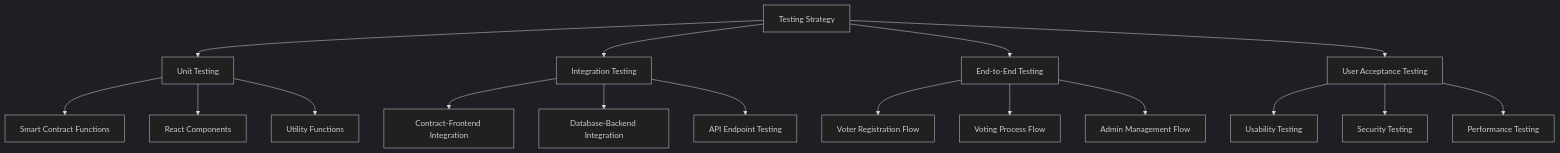
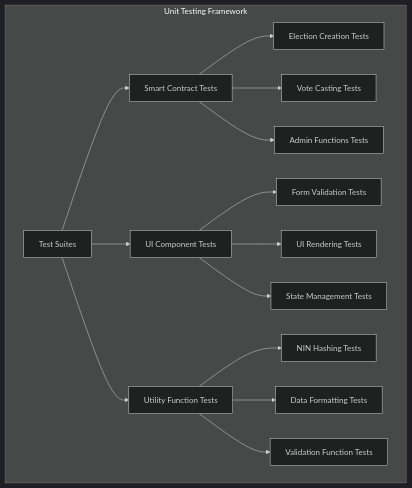
One commit to ojilenoah/blockvotezero changed diagram 11 of 14 in chapter4.md. Above: the diagram before and after it, drawn with Mermaid (dark theme). The commit also changed other lines of this file, not shown here.

First line of the commit message:
Replace code examples in chapter4.md with MermaidJS diagrams to illustrate the voter registration flow, improving readability and clarity.

````diff
--- a/chapter4.md
+++ b/chapter4.md
@@ -885,23 +721,20 @@
 ```mermaid
 graph TD
-    A[Testing Strategy] --> B[Unit Testing]
-    A --> C[Integration Testing]
-    A --> D[End-to-End Testing]
-    A --> E[User Acceptance Testing]
-    
-    B --> B1[Smart Contract Functions]
-    B --> B2[React Components]
-    B --> B3[Utility Functions]
-    
-    C --> C1[Contract-Frontend Integration]
-    C --> C2[Database-Backend Integration]
-    C --> C3[API Endpoint Testing]
-    
-    D --> D1[Voter Registration Flow]
-    D --> D2[Voting Process Flow]
-    D --> D3[Admin Management Flow]
-    
-    E --> E1[Usability Testing]
-    E --> E2[Security Testing]
-    E --> E3[Performance Testing]
+    subgraph "Unit Testing Framework"
+        A[Test Suites] --> B[Smart Contract Tests]
+        A --> C[UI Component Tests]
+        A --> D[Utility Function Tests]
+        
+        B --> B1[Election Creation Tests]
+        B --> B2[Vote Casting Tests]
+        B --> B3[Admin Functions Tests]
+        
+        C --> C1[Form Validation Tests]
+        C --> C2[UI Rendering Tests]
+        C --> C3[State Management Tests]
+        
+        D --> D1[NIN Hashing Tests]
+        D --> D2[Data Formatting Tests]
+        D --> D3[Validation Function Tests]
+    end
 ```
````
